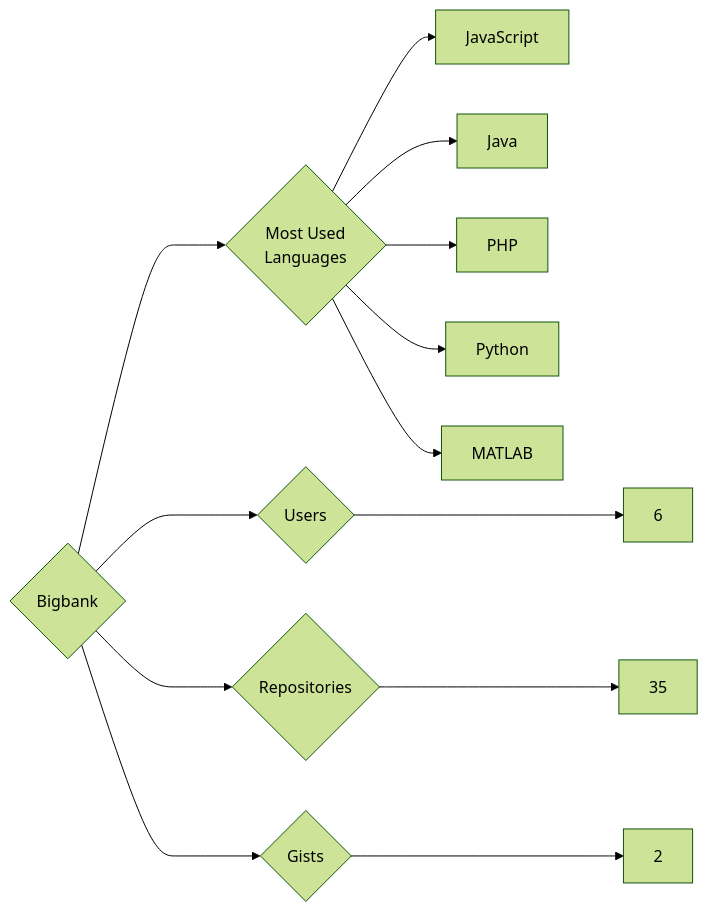
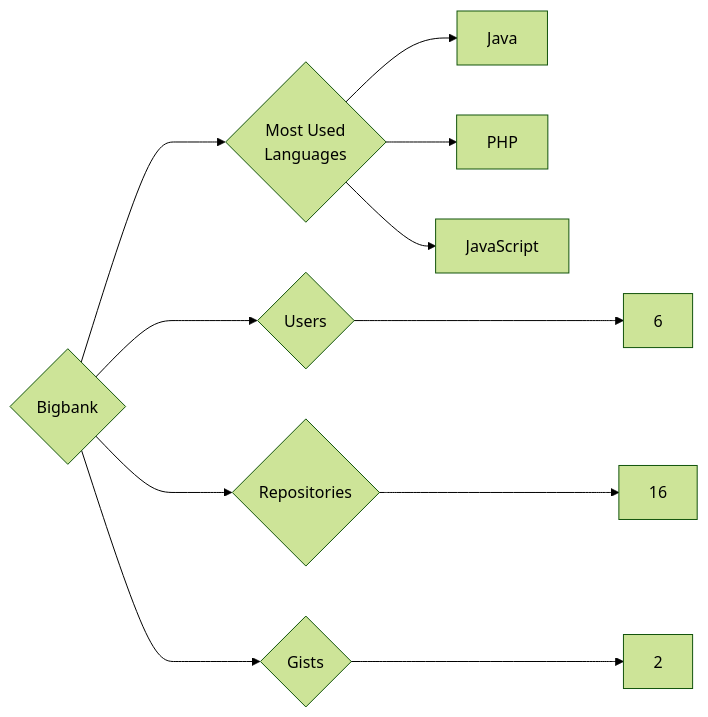
The diagram in targets/Bigbank/README.md (trickest/insiders), drawn with Mermaid (forest theme) before and after one commit. The commit also changed 988 other files, not shown here.

````diff
--- a/targets/Bigbank/README.md
+++ b/targets/Bigbank/README.md
@@ -3,13 +3,11 @@
 ```mermaid
 graph LR
 COMPANY_NAME{Bigbank}
 COMPANY_NAME ---> U{Users} ---> UN[6]
-COMPANY_NAME ---> R{Repositories} ---> RN[35]
+COMPANY_NAME ---> R{Repositories} ---> RN[16]
 COMPANY_NAME ---> G{Gists} ---> GN[2]
 COMPANY_NAME ---> ML{Most Used<br>Languages}
-ML --> JavaScript[JavaScript]
 ML --> Java[Java]
 ML --> PHP[PHP]
-ML --> Python[Python]
-ML --> MATLAB[MATLAB]
+ML --> JavaScript[JavaScript]
 ```
````
